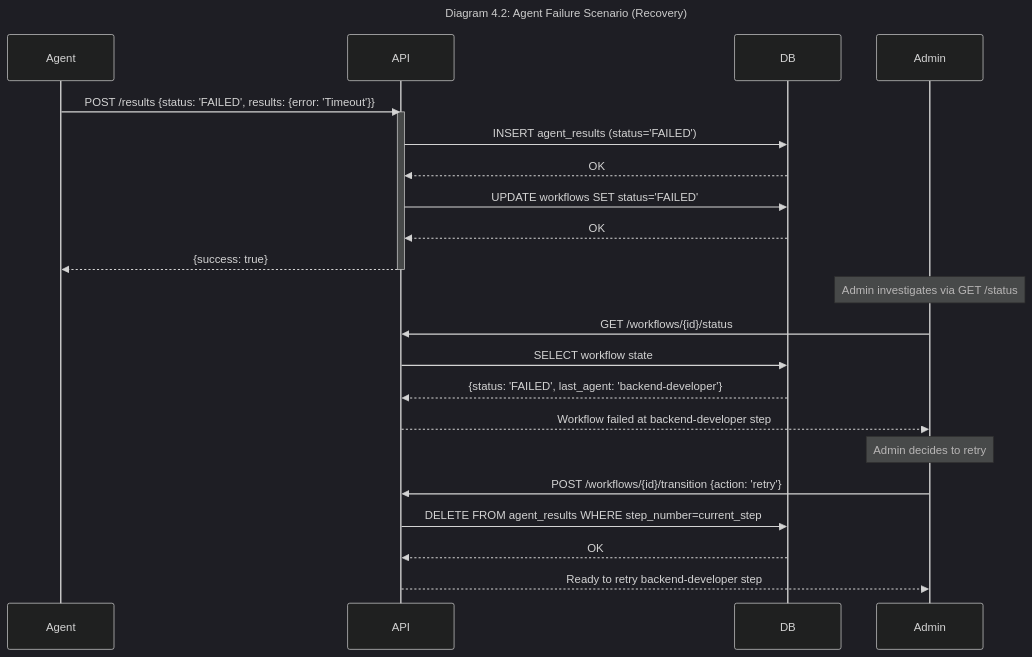
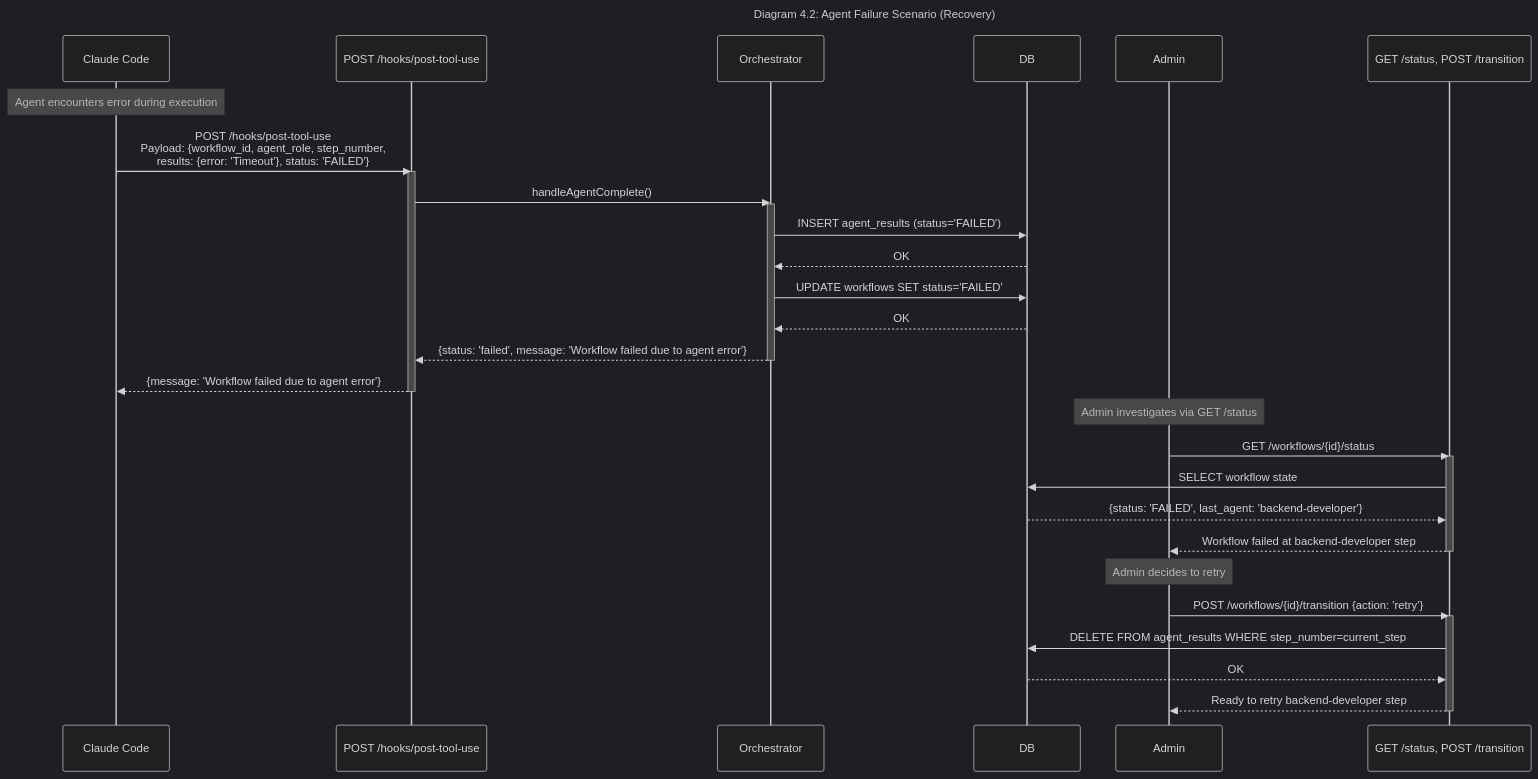
Diagram 11 of 11 in docs/architecture.md (drevispas/ccorch), drawn with Mermaid (dark theme) before and after one commit. The commit also changed other lines of this file and 3 other files, not shown here.

First line of the commit message:
docs: fix PostToolUse hook architecture inconsistencies across all documentation

````diff
--- a/docs/architecture.md
+++ b/docs/architecture.md
@@ -842,31 +850,43 @@
 ```mermaid
 ---
 title: "Diagram 4.2: Agent Failure Scenario (Recovery)"
 ---
 sequenceDiagram
-    participant Agent
-    participant API
+    participant CC as Claude Code
+    participant Hook as POST /hooks/post-tool-use
+    participant Orch as Orchestrator
     participant DB
     participant Admin
+    participant API as GET /status, POST /transition
 
-    Agent->>API: POST /results {status: 'FAILED', results: {error: 'Timeout'}}
-    activate API
-    API->>DB: INSERT agent_results (status='FAILED')
-    DB-->>API: OK
-    API->>DB: UPDATE workflows SET status='FAILED'
-    DB-->>API: OK
-    API-->>Agent: {success: true}
-    deactivate API
+    Note over CC: Agent encounters error during execution
+
+    CC->>Hook: POST /hooks/post-tool-use<br/>Payload: {workflow_id, agent_role, step_number,<br/>results: {error: 'Timeout'}, status: 'FAILED'}
+    activate Hook
+    Hook->>Orch: handleAgentComplete()
+    activate Orch
+    Orch->>DB: INSERT agent_results (status='FAILED')
+    DB-->>Orch: OK
+    Orch->>DB: UPDATE workflows SET status='FAILED'
+    DB-->>Orch: OK
+    Orch-->>Hook: {status: 'failed', message: 'Workflow failed due to agent error'}
+    deactivate Orch
+    Hook-->>CC: {message: 'Workflow failed due to agent error'}
+    deactivate Hook
 
     Note over Admin: Admin investigates via GET /status
     Admin->>API: GET /workflows/{id}/status
+    activate API
     API->>DB: SELECT workflow state
     DB-->>API: {status: 'FAILED', last_agent: 'backend-developer'}
     API-->>Admin: Workflow failed at backend-developer step
+    deactivate API
 
     Note over Admin: Admin decides to retry
     Admin->>API: POST /workflows/{id}/transition {action: 'retry'}
+    activate API
     API->>DB: DELETE FROM agent_results WHERE step_number=current_step
     DB-->>API: OK
     API-->>Admin: Ready to retry backend-developer step
+    deactivate API
 ```
````
